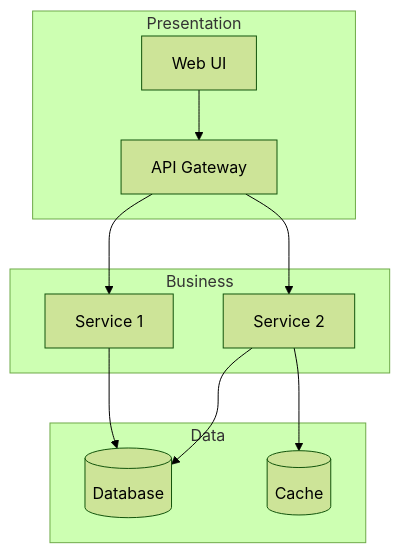
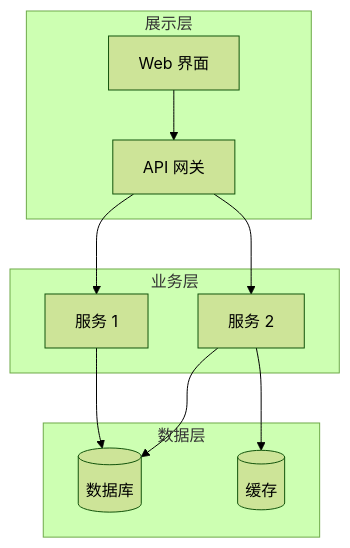
Before and after one commit to kingoliang/polyglot-engineering-claude-plugin: the second of 5 diagrams in templates/architecture/architecture-template.md, drawn with Mermaid (forest theme). The commit also changed other lines of this file and 31 other files, not shown here.

````diff
--- a/templates/architecture/architecture-template.md
+++ b/templates/architecture/architecture-template.md
@@ -104,24 +104,24 @@
 ```mermaid
 graph TB
-    subgraph Presentation
-        Web[Web UI]
-        API[API Gateway]
+    subgraph 展示层
+        Web[Web 界面]
+        API[API 网关]
     end
 
-    subgraph Business
-        Svc1[Service 1]
-        Svc2[Service 2]
+    subgraph 业务层
+        Svc1[服务 1]
+        Svc2[服务 2]
     end
 
-    subgraph Data
-        DB[(Database)]
-        Cache[(Cache)]
+    subgraph 数据层
+        DB[(数据库)]
+        Cache[(缓存)]
     end
 
     Web --> API
     API --> Svc1
     API --> Svc2
     Svc1 --> DB
     Svc2 --> Cache
     Svc2 --> DB
 ```
````
